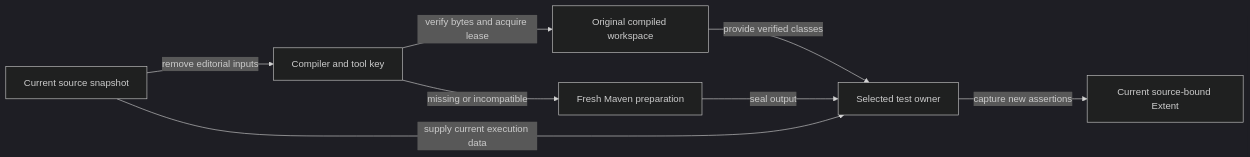
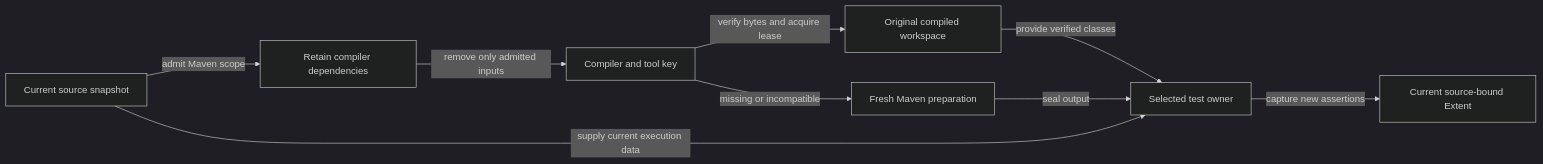
The fourth of 5 diagrams in docs/testing/ATF_Collections.md (crististefanita/whist), drawn with Mermaid (dark theme) before and after one commit. The commit also changed other lines of this file and 13 other files, not shown here.

Commit message:
fix: scope Maven compiler reuse to bound build recipes

````diff
--- a/docs/testing/ATF_Collections.md
+++ b/docs/testing/ATF_Collections.md
@@ -230,10 +232,11 @@
 ```mermaid
 flowchart LR
-    SOURCE[Current source snapshot] -->|remove editorial inputs| KEY[Compiler and tool key]
+    SOURCE[Current source snapshot] -->|admit Maven scope| FILTER[Retain compiler dependencies]
+    FILTER -->|remove only admitted inputs| KEY[Compiler and tool key]
     KEY -->|verify bytes and acquire lease| CACHE[Original compiled workspace]
     KEY -->|missing or incompatible| BUILD[Fresh Maven preparation]
     CACHE -->|provide verified classes| RUN[Selected test owner]
     BUILD -->|seal output| RUN
     SOURCE -->|supply current execution data| RUN
     RUN -->|capture new assertions| REPORT[Current source-bound Extent]
 ```
````
